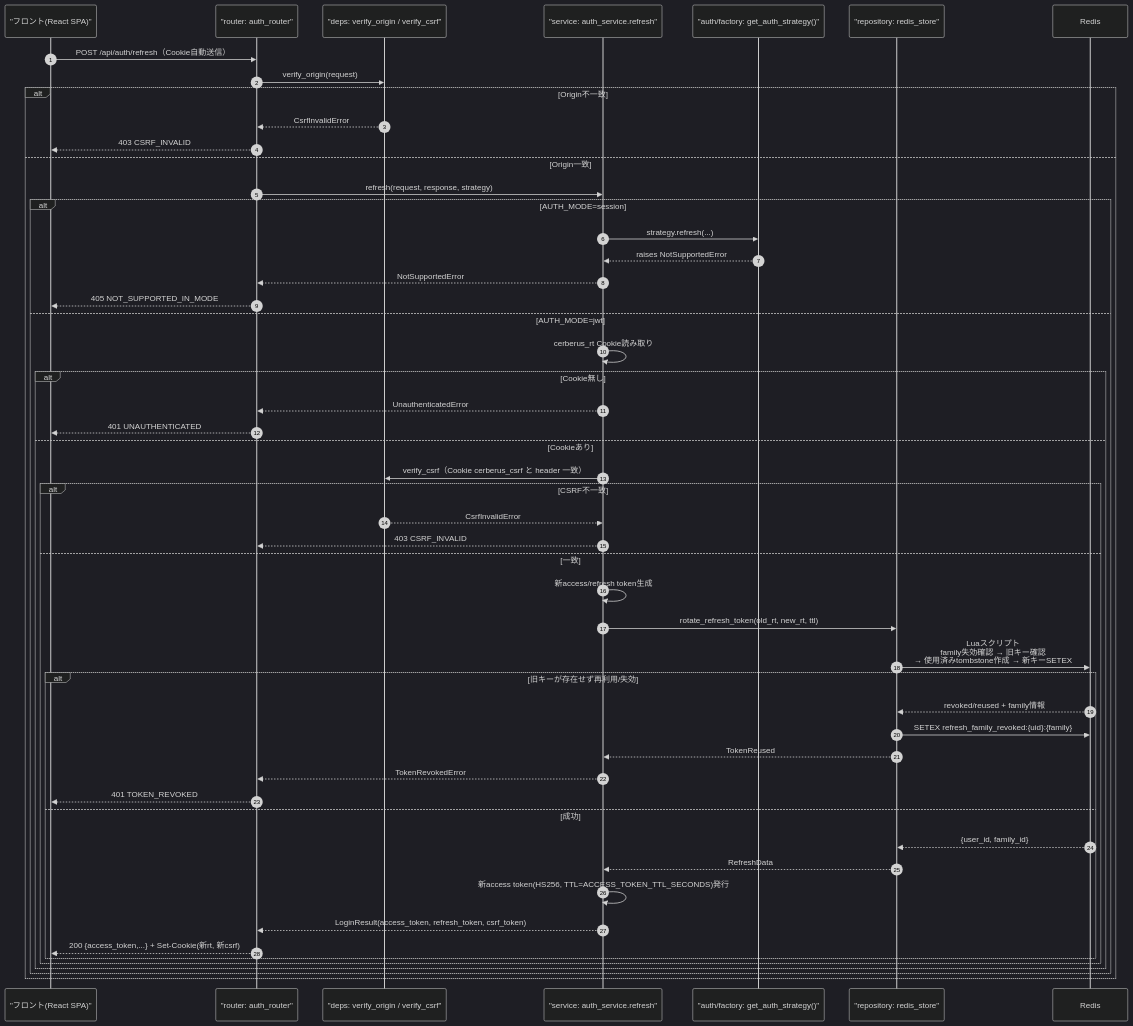
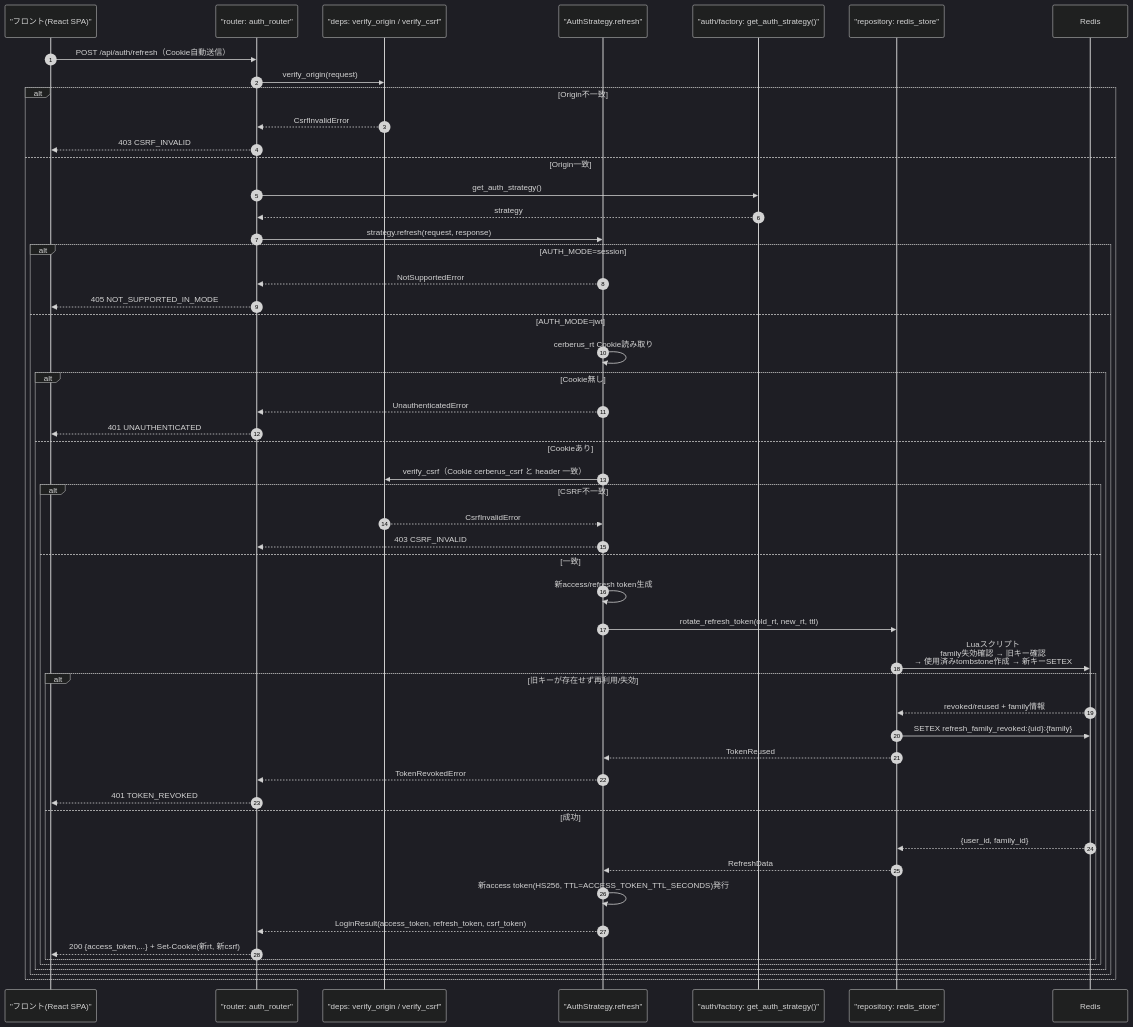
Before and after one commit to oikawa-d/task_management: the first of 4 diagrams in docs/detailed_design/api/auth/06_post_auth_refresh.md, drawn with Mermaid (dark theme). The commit also changed other lines of this file, not shown here.

````diff
--- a/docs/detailed_design/api/auth/06_post_auth_refresh.md
+++ b/docs/detailed_design/api/auth/06_post_auth_refresh.md
@@ -91,55 +91,55 @@
 ```mermaid
 sequenceDiagram
     autonumber
     participant FE as "フロント(React SPA)"
     participant R as "router: auth_router"
     participant D as "deps: verify_origin / verify_csrf"
-    participant S as "service: auth_service.refresh"
+    participant S as "AuthStrategy.refresh"
     participant STR as "auth/factory: get_auth_strategy()"
     participant RS as "repository: redis_store"
     participant RD as Redis
 
     FE->>R: POST /api/auth/refresh（Cookie自動送信）
     R->>D: verify_origin(request)
     alt Origin不一致
         D-->>R: CsrfInvalidError
         R-->>FE: 403 CSRF_INVALID
     else Origin一致
-        R->>S: refresh(request, response, strategy)
+        R->>STR: get_auth_strategy()
+        STR-->>R: strategy
+        R->>S: strategy.refresh(request, response)
         alt AUTH_MODE=session
-            S->>STR: strategy.refresh(...)
-            STR-->>S: raises NotSupportedError
             S-->>R: NotSupportedError
             R-->>FE: 405 NOT_SUPPORTED_IN_MODE
         else AUTH_MODE=jwt
             S->>S: cerberus_rt Cookie読み取り
             alt Cookie無し
                 S-->>R: UnauthenticatedError
                 R-->>FE: 401 UNAUTHENTICATED
             else Cookieあり
                 S->>D: verify_csrf（Cookie cerberus_csrf と header 一致）
                 alt CSRF不一致
                     D-->>S: CsrfInvalidError
                     S-->>R: 403 CSRF_INVALID
                 else 一致
                     S->>S: 新access/refresh token生成
                     S->>RS: rotate_refresh_token(old_rt, new_rt, ttl)
                     RS->>RD: Luaスクリプト<br/>family失効確認 → 旧キー確認<br/>→ 使用済みtombstone作成 → 新キーSETEX
                     alt 旧キーが存在せず再利用/失効
                         RD-->>RS: revoked/reused + family情報
                         RS->>RD: SETEX refresh_family_revoked:{uid}:{family}
                         RS-->>S: TokenReused
                         S-->>R: TokenRevokedError
                         R-->>FE: 401 TOKEN_REVOKED
                     else 成功
                         RD-->>RS: {user_id, family_id}
                         RS-->>S: RefreshData
                         S->>S: 新access token(HS256, TTL=ACCESS_TOKEN_TTL_SECONDS)発行
                         S-->>R: LoginResult(access_token, refresh_token, csrf_token)
                         R-->>FE: 200 {access_token,...} + Set-Cookie(新rt, 新csrf)
                     end
                 end
             end
         end
     end
 ```
````
